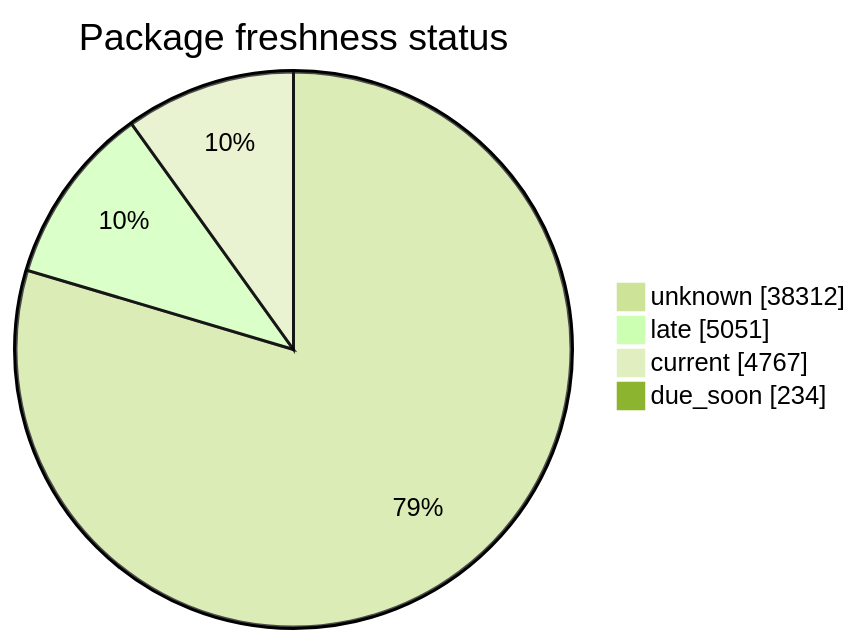
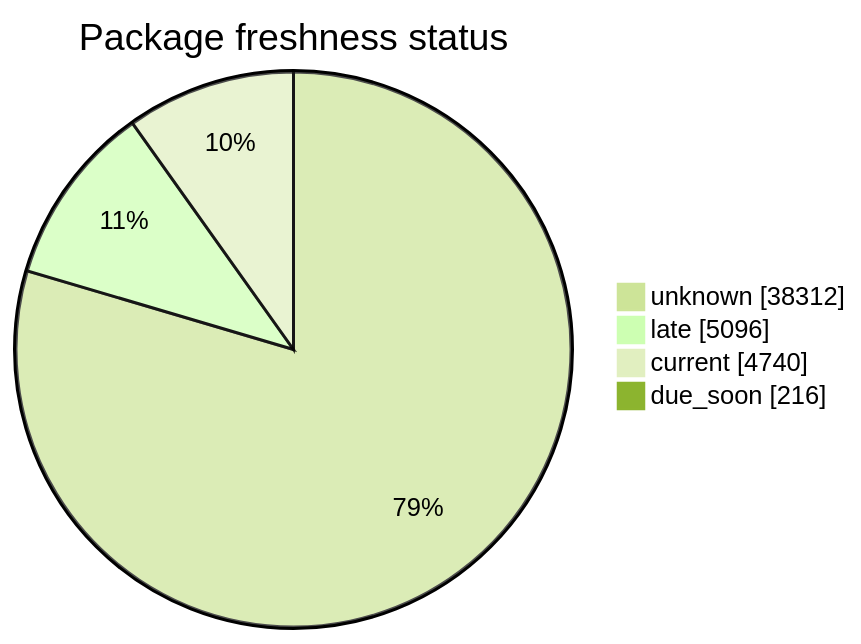
One commit to open-data/analytics-corporate-reporting changed the second of 5 diagrams in FreshCheck/README.md. Above: the diagram before and after it, drawn with Mermaid (forest theme). The commit also changed other lines of this file and 3 other files, not shown here.

````diff
--- a/FreshCheck/README.md
+++ b/FreshCheck/README.md
@@ -68,7 +68,7 @@
 ```mermaid
 pie showData title Package freshness status
     "unknown": 38312
-    "late": 5051
-    "current": 4767
-    "due_soon": 234
+    "late": 5096
+    "current": 4740
+    "due_soon": 216
 ```
````
